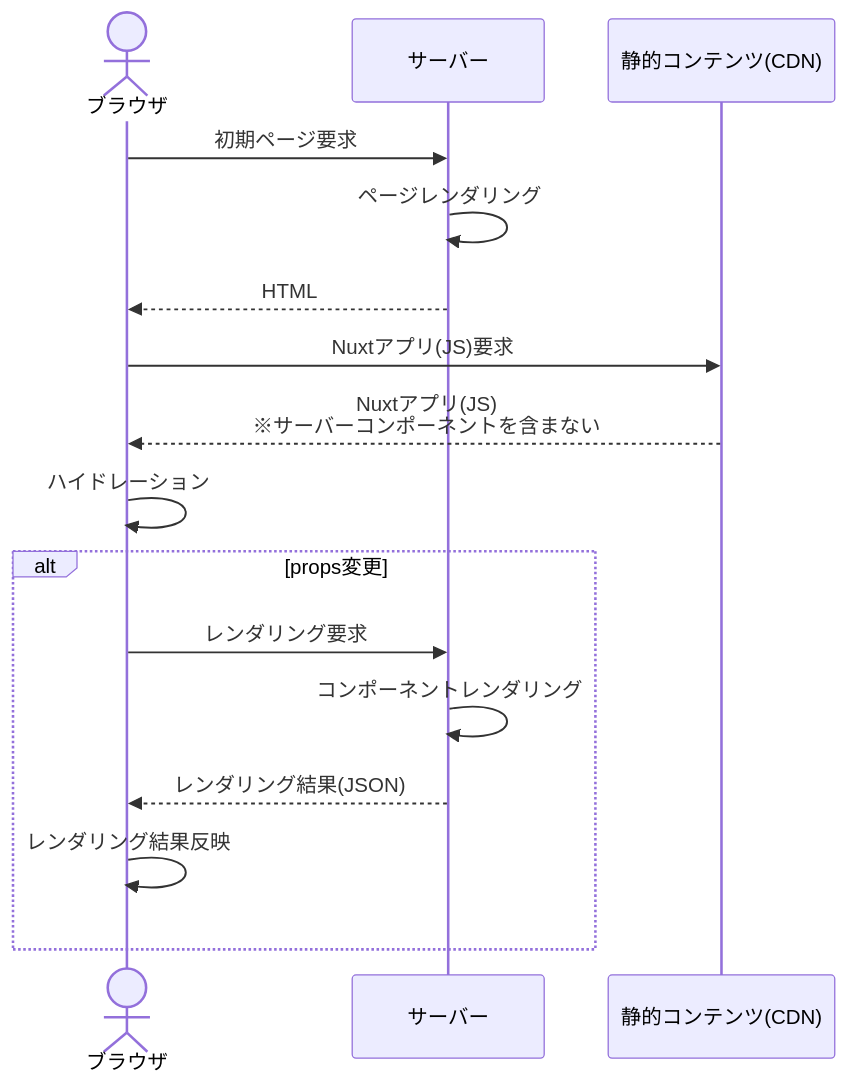
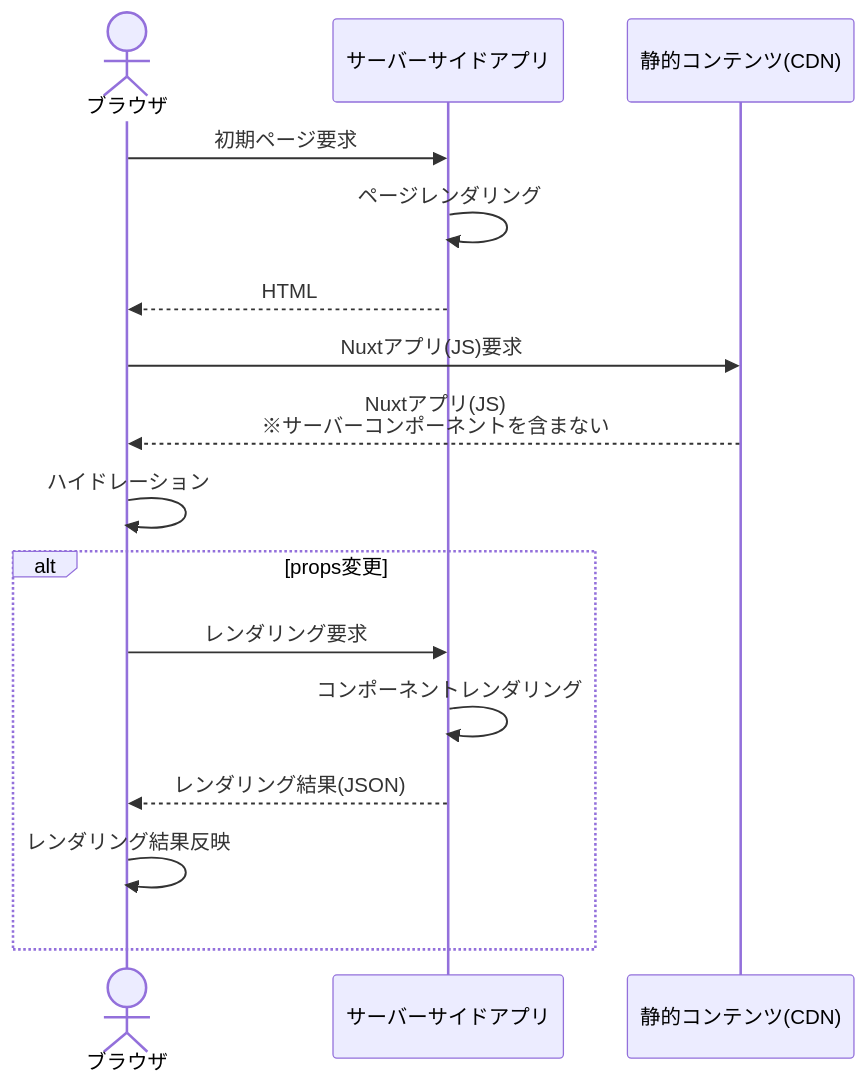
One commit to mamezou-tech/mamezou-tech-site changed the diagram in src/posts/blogs/2023/0705_nuxt3-server-components-intro.md. Above: the diagram before and after it, drawn with Mermaid. The commit also changed other lines of this file, not shown here.

````diff
--- a/src/posts/blogs/2023/0705_nuxt3-server-components-intro.md
+++ b/src/posts/blogs/2023/0705_nuxt3-server-components-intro.md
@@ -157,18 +157,18 @@
 ```mermaid
 sequenceDiagram
     actor B as ブラウザ
-    participant SV as サーバー
+    participant SV as サーバーサイドアプリ
     participant CDN as 静的コンテンツ(CDN)
     B ->> SV: 初期ページ要求
     SV ->> SV: ページレンダリング
     SV -->> B: HTML
     B ->> CDN: Nuxtアプリ(JS)要求
     CDN -->> B: Nuxtアプリ(JS)<br />※サーバーコンポーネントを含まない
     B ->> B: ハイドレーション
     alt props変更
         B ->> SV: レンダリング要求
         SV ->> SV: コンポーネントレンダリング
         SV -->> B: レンダリング結果(JSON)
         B ->> B: レンダリング結果反映
     end
 ```
````
